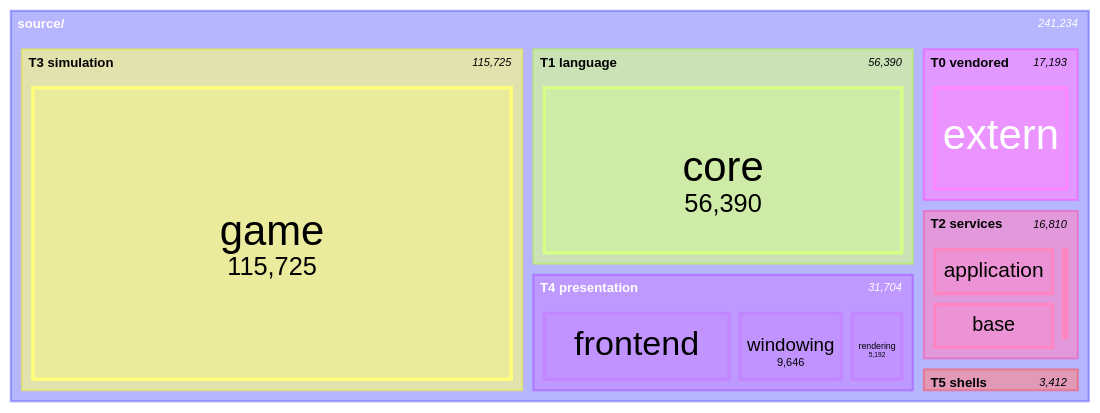
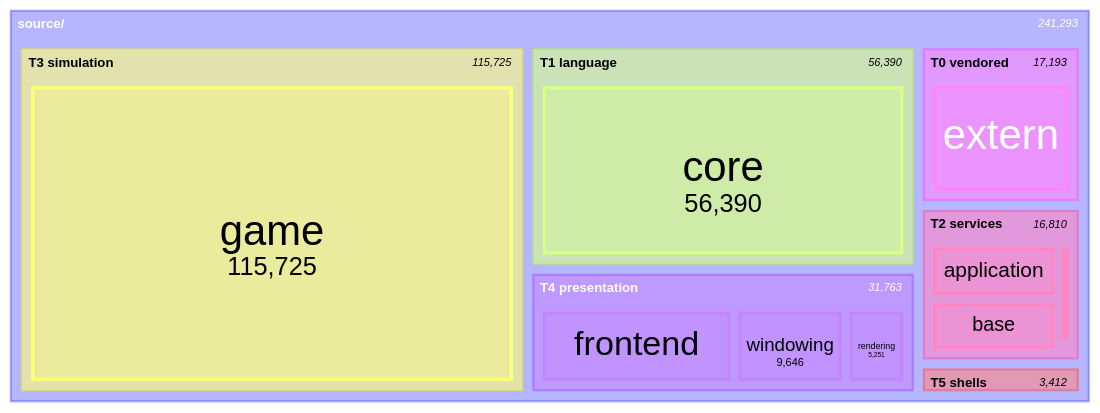
The seventh of 11 diagrams in docs/architecture/system-boundaries.md (apnex/OpenStarbound), drawn with Mermaid before and after one commit. The commit also changed other lines of this file and 2 other files, not shown here.

````diff
--- a/docs/architecture/system-boundaries.md
+++ b/docs/architecture/system-boundaries.md
@@ -599,22 +599,22 @@
 ```mermaid
 treemap-beta
 "source/"
     "T0 vendored"
         "extern": 17193
     "T1 language"
         "core": 56390
     "T2 services"
         "application": 7677
         "base": 7472
         "metrics": 1519
         "platform": 142
     "T3 simulation"
         "game": 115725
     "T4 presentation"
         "frontend": 16866
         "windowing": 9646
-        "rendering": 5192
+        "rendering": 5251
     "T5 shells"
         "client": 2629
         "server": 783
 ```
````
